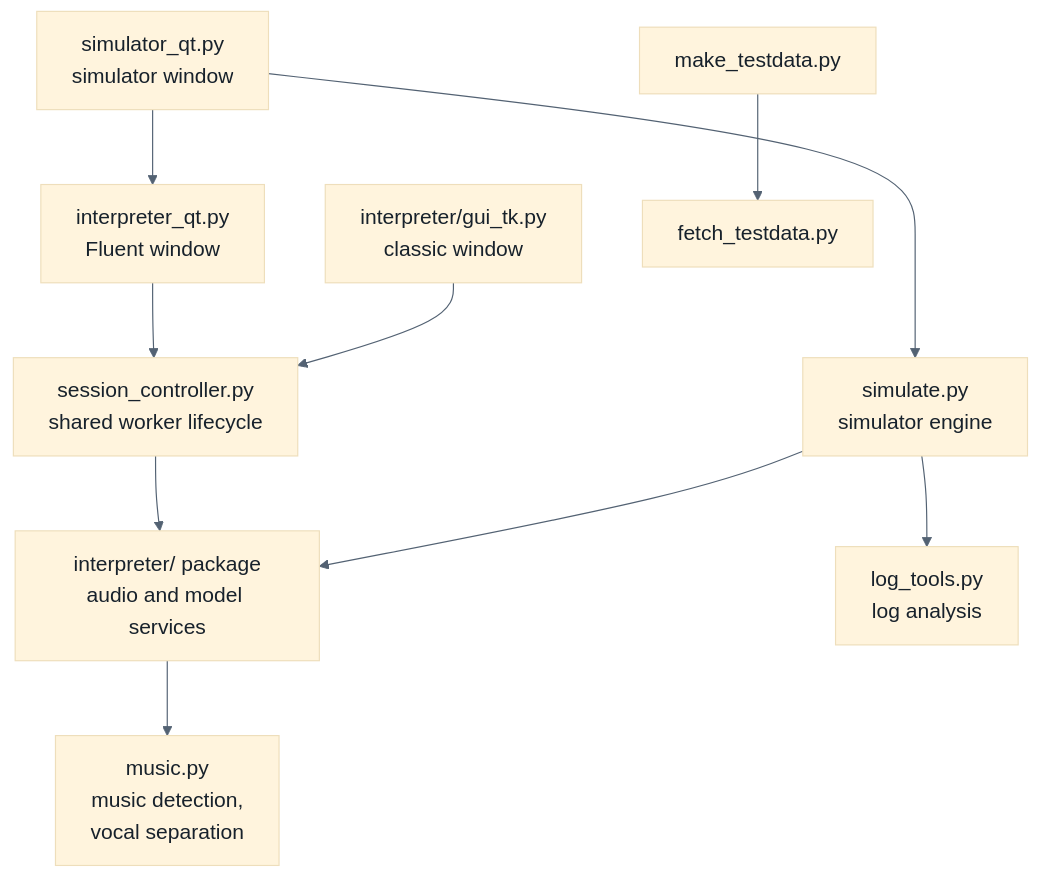
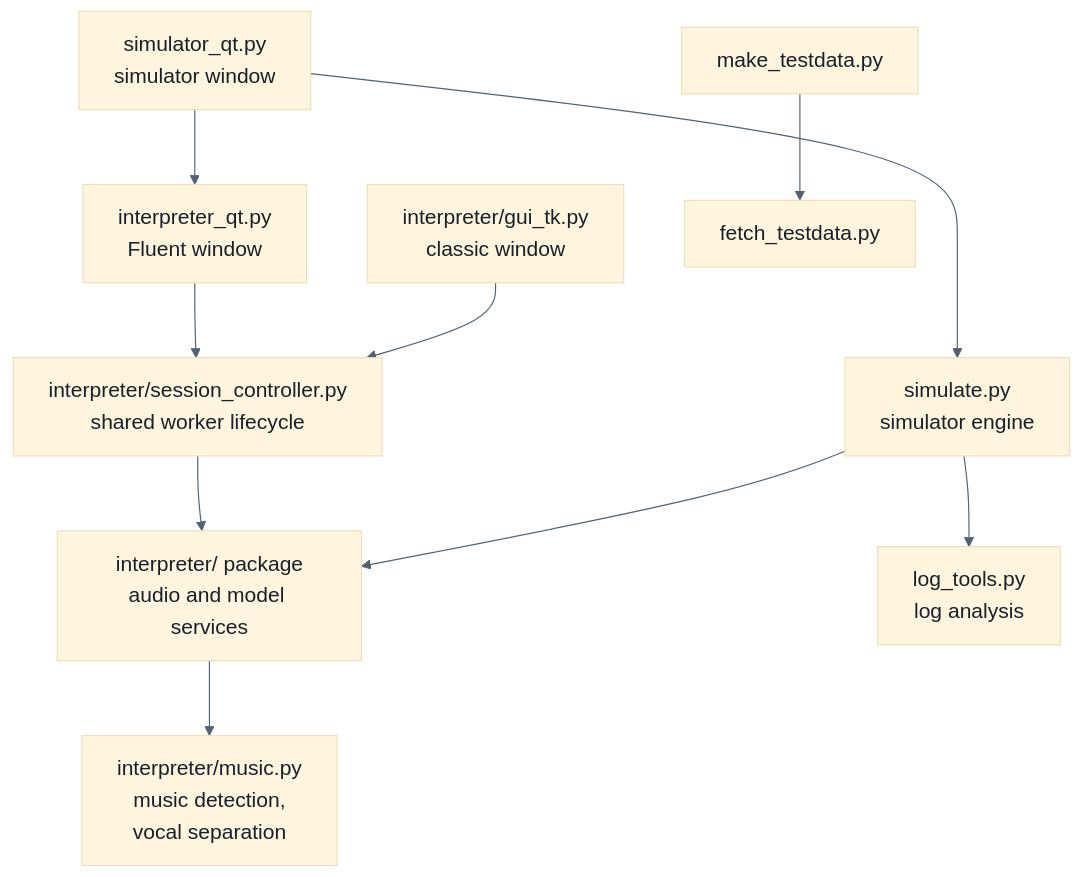
One commit to Benn-maker-bot/Interpreter changed the ninth of 9 diagrams in docs/MAP.md. Above: the diagram before and after it, drawn with Mermaid. The commit also changed 8 other files, not shown here.

Commit message:
Docs and comments: model_manager.py, and music/session_controller in the package

````diff
--- a/docs/MAP.md
+++ b/docs/MAP.md
@@ -188,13 +188,13 @@
 ```mermaid
 %%{init: {"theme": "base", "themeVariables": {"fontSize": "18px", "fontFamily": "Segoe UI, Arial, sans-serif", "lineColor": "#536273", "primaryTextColor": "#17212b"}, "flowchart": {"nodeSpacing": 52, "rankSpacing": 64, "htmlLabels": true, "curve": "basis"}}}%%
 flowchart TB
-    IQ[interpreter_qt.py<br/>Fluent window] --> SC[session_controller.py<br/>shared worker lifecycle]
+    IQ[interpreter_qt.py<br/>Fluent window] --> SC[interpreter/session_controller.py<br/>shared worker lifecycle]
     CI[interpreter/gui_tk.py<br/>classic window] --> SC
     SC --> I[interpreter/ package<br/>audio and model services]
-    I --> M[music.py<br/>music detection,<br/>vocal separation]
+    I --> M[interpreter/music.py<br/>music detection,<br/>vocal separation]
     SQ[simulator_qt.py<br/>simulator window] --> S[simulate.py<br/>simulator engine]
     SQ --> IQ
     S --> I
     S --> LT[log_tools.py<br/>log analysis]
     MT[make_testdata.py] --> FT[fetch_testdata.py]
 ```
````
